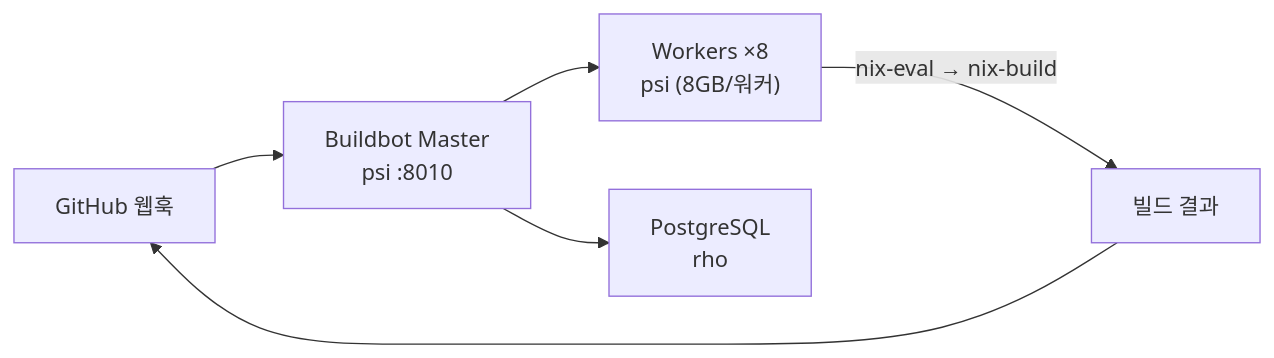
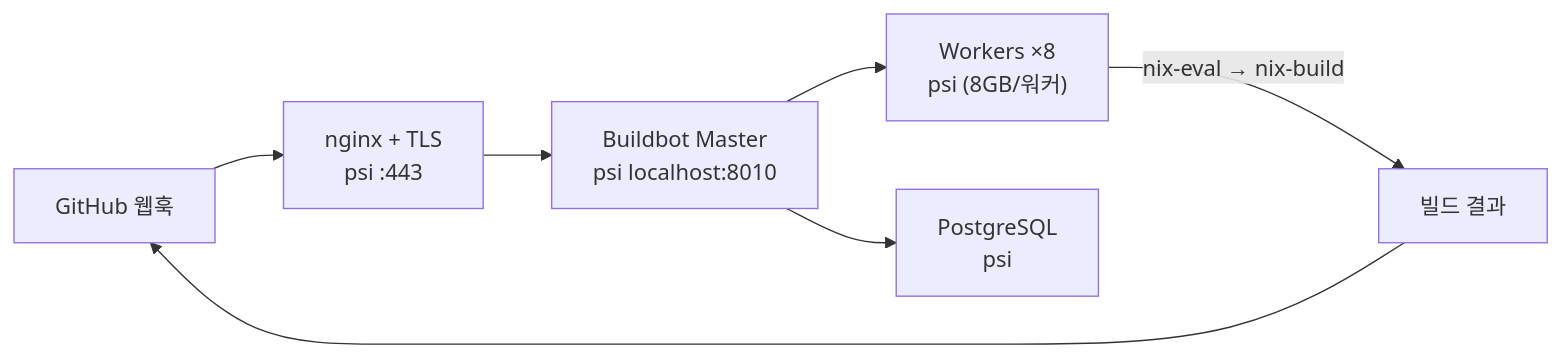
One commit to SBEE-Lab/infra changed the first of 2 diagrams in docs/admin/ci-cd.md. Above: the diagram before and after it, drawn with Mermaid. The commit also changed other lines of this file and 19 other files, not shown here.

First line of the commit message:
Keep Buildbot infrastructure on psi

````diff
--- a/docs/admin/ci-cd.md
+++ b/docs/admin/ci-cd.md
@@ -9,8 +9,9 @@
 ```mermaid
 flowchart LR
-  gh["GitHub 웹훅"] --> master["Buildbot Master<br/>psi :8010"]
+  gh["GitHub 웹훅"] --> proxy["nginx + TLS<br/>psi :443"]
+  proxy --> master["Buildbot Master<br/>psi localhost:8010"]
   master --> w["Workers ×8<br/>psi (8GB/워커)"]
-  master --> db["PostgreSQL<br/>rho"]
+  master --> db["PostgreSQL<br/>psi"]
   w -- "nix-eval → nix-build" --> result["빌드 결과"]
   result --> gh
 ```
````
